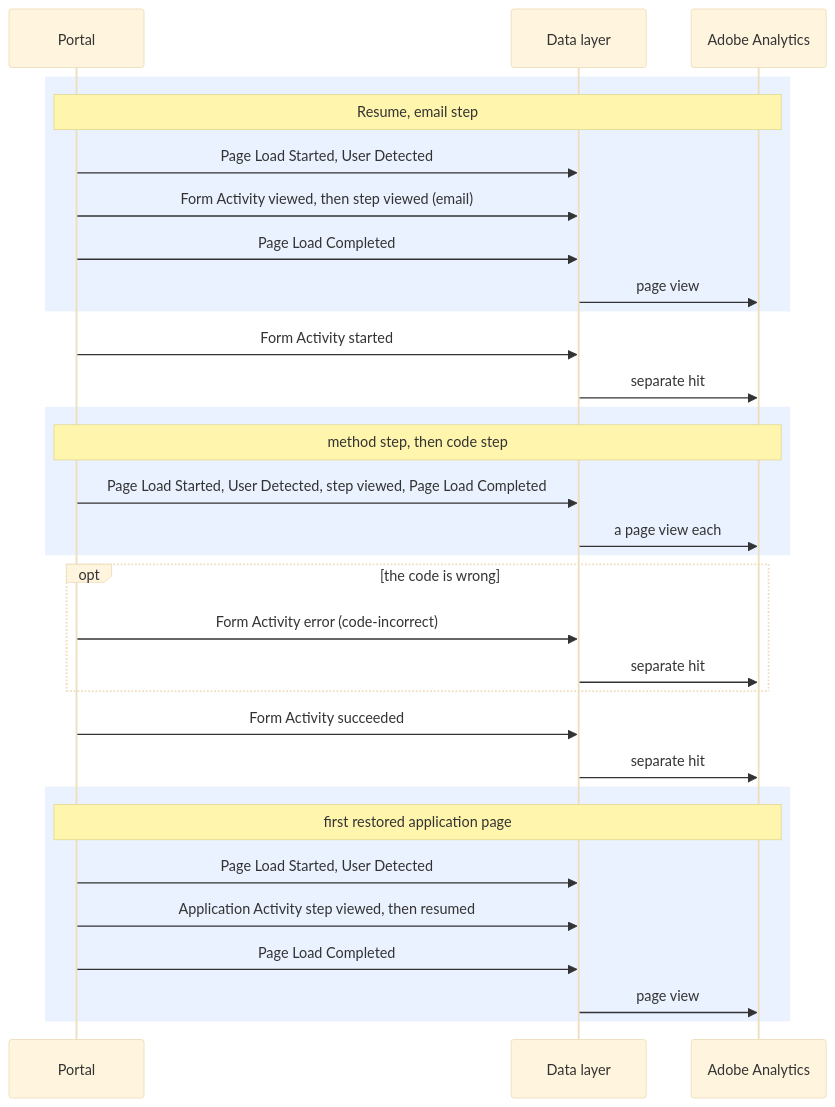
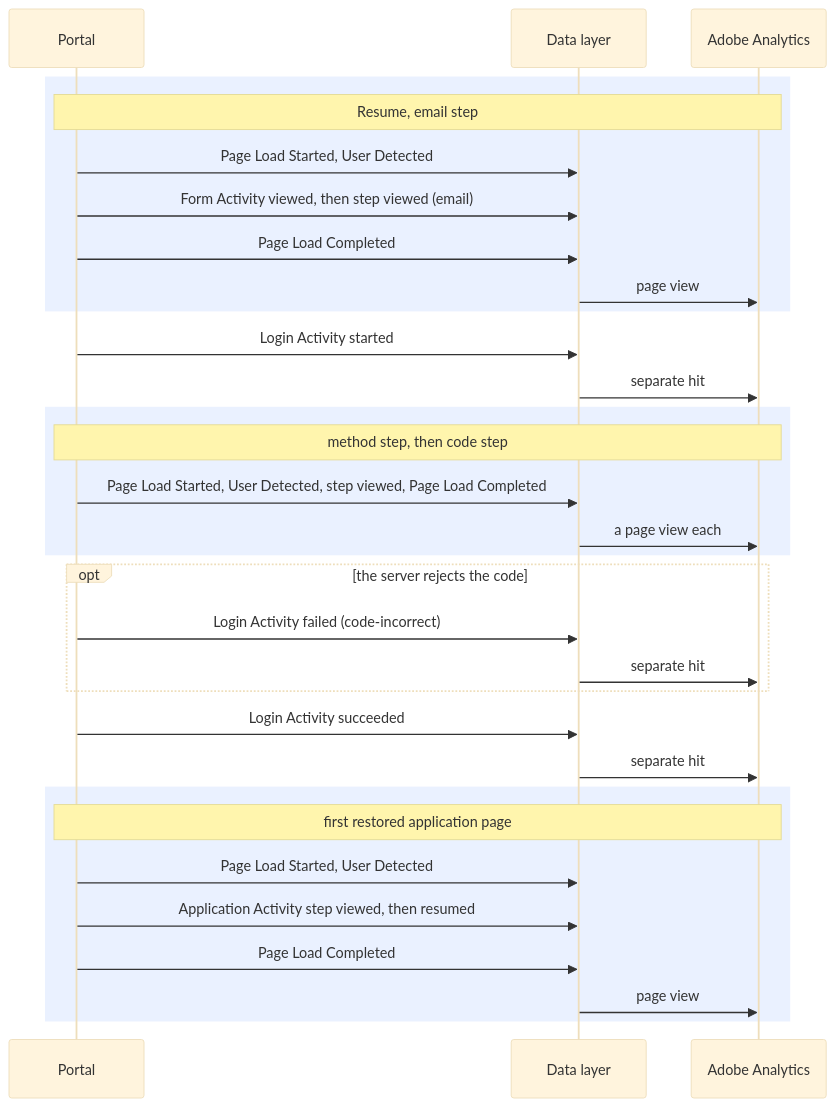
Before and after one commit to further-external/client-nyl-gmad-dl-spec: the second of 2 diagrams in events/form-activity.md, drawn with Mermaid (base theme). The commit also changed other lines of this file and 9 other files, not shown here.

````diff
--- a/events/form-activity.md
+++ b/events/form-activity.md
@@ -84,33 +89,33 @@
 ```mermaid
 sequenceDiagram
   participant UI as Portal
   participant DL as Data layer
   participant AA as Adobe Analytics
   rect rgba(80,140,255,0.12)
     Note over UI,AA: Resume, email step
     UI->>DL: Page Load Started, User Detected
     UI->>DL: Form Activity viewed, then step viewed (email)
     UI->>DL: Page Load Completed
     DL->>AA: page view
   end
-  UI->>DL: Form Activity started
+  UI->>DL: Login Activity started
   DL->>AA: separate hit
   rect rgba(80,140,255,0.12)
     Note over UI,AA: method step, then code step
     UI->>DL: Page Load Started, User Detected, step viewed, Page Load Completed
     DL->>AA: a page view each
   end
-  opt the code is wrong
-    UI->>DL: Form Activity error (code-incorrect)
+  opt the server rejects the code
+    UI->>DL: Login Activity failed (code-incorrect)
     DL->>AA: separate hit
   end
-  UI->>DL: Form Activity succeeded
+  UI->>DL: Login Activity succeeded
   DL->>AA: separate hit
   rect rgba(80,140,255,0.12)
     Note over UI,AA: first restored application page
     UI->>DL: Page Load Started, User Detected
     UI->>DL: Application Activity step viewed, then resumed
     UI->>DL: Page Load Completed
     DL->>AA: page view
   end
 ```
````
